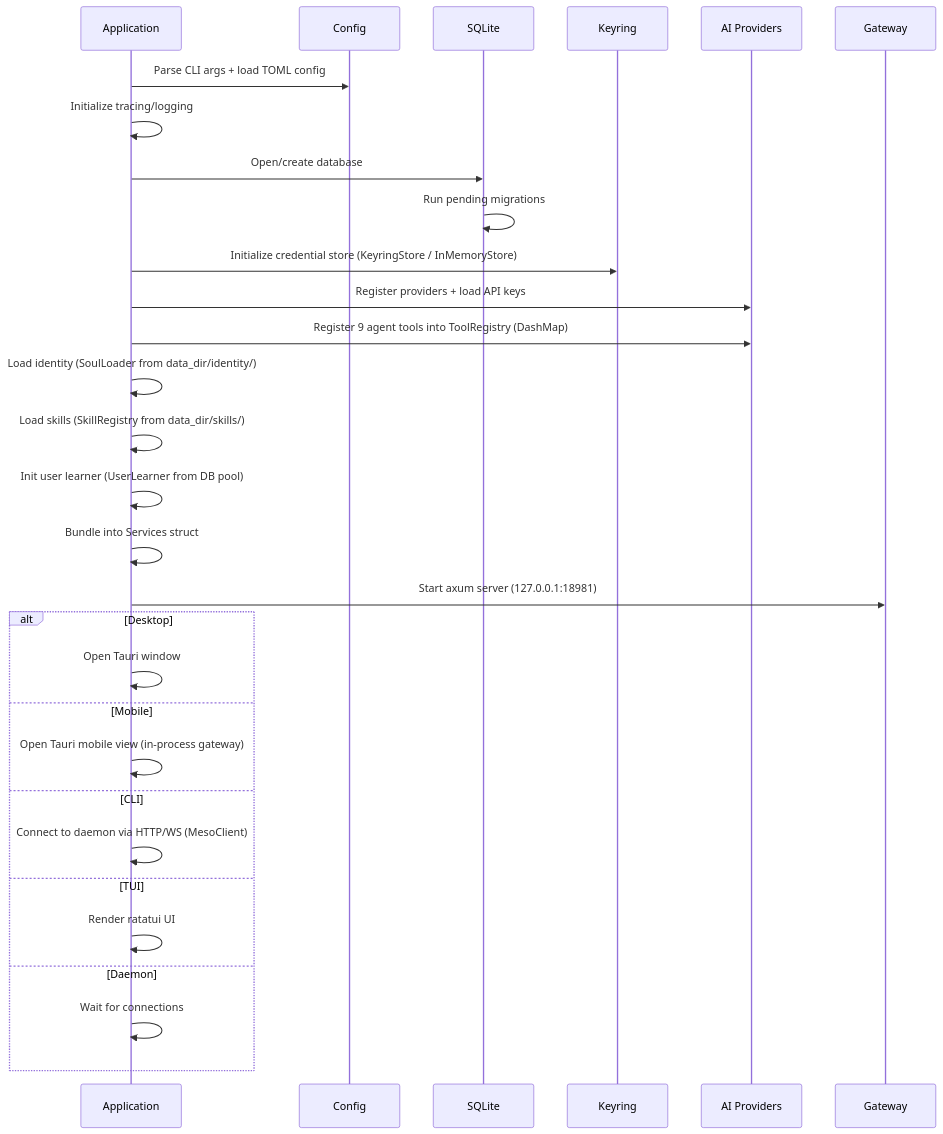
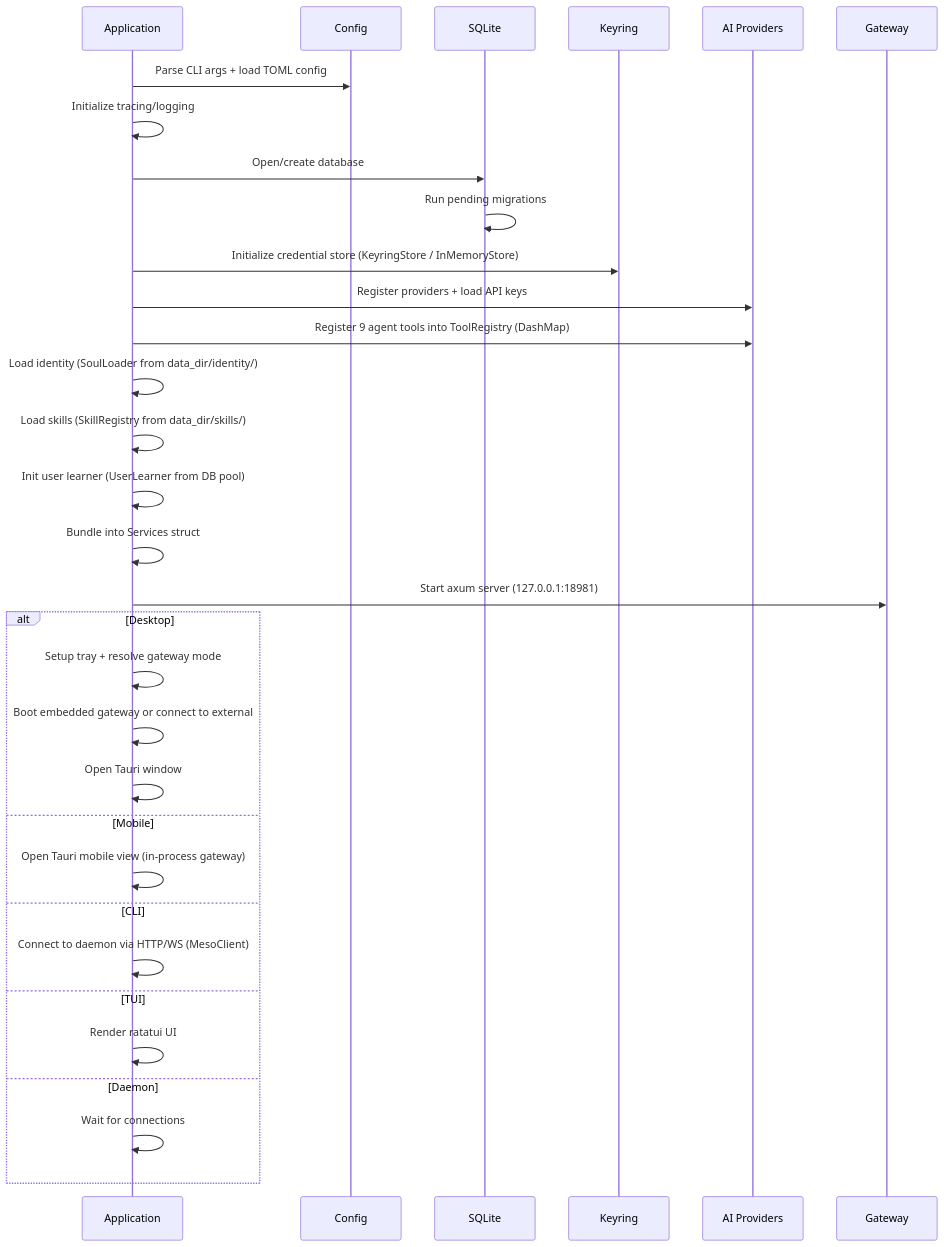
Before and after one commit to sprklai/mesoclaw: the second of 11 diagrams in docs/processes.md, drawn with Mermaid. The commit also changed other lines of this file and 22 other files, not shown here.

First line of the commit message:
Phase 7: Tauri 2.10 desktop shell with embedded gateway, system tray, and IPC

````diff
--- a/docs/processes.md
+++ b/docs/processes.md
@@ -53,34 +54,36 @@
 ```mermaid
 sequenceDiagram
     participant App as Application
     participant Cfg as Config
     participant DB as SQLite
     participant Cred as Keyring
     participant AI as AI Providers
     participant GW as Gateway
 
     App->>Cfg: Parse CLI args + load TOML config
     App->>App: Initialize tracing/logging
     App->>DB: Open/create database
     DB->>DB: Run pending migrations
     App->>Cred: Initialize credential store (KeyringStore / InMemoryStore)
     App->>AI: Register providers + load API keys
     App->>AI: Register 9 agent tools into ToolRegistry (DashMap)
     App->>App: Load identity (SoulLoader from data_dir/identity/)
     App->>App: Load skills (SkillRegistry from data_dir/skills/)
     App->>App: Init user learner (UserLearner from DB pool)
     App->>App: Bundle into Services struct
     App->>GW: Start axum server (127.0.0.1:18981)
 
     alt Desktop
+        App->>App: Setup tray + resolve gateway mode
+        App->>App: Boot embedded gateway or connect to external
         App->>App: Open Tauri window
     else Mobile
         App->>App: Open Tauri mobile view (in-process gateway)
     else CLI
         App->>App: Connect to daemon via HTTP/WS (MesoClient)
     else TUI
         App->>App: Render ratatui UI
     else Daemon
         App->>App: Wait for connections
     end
 ```
````
